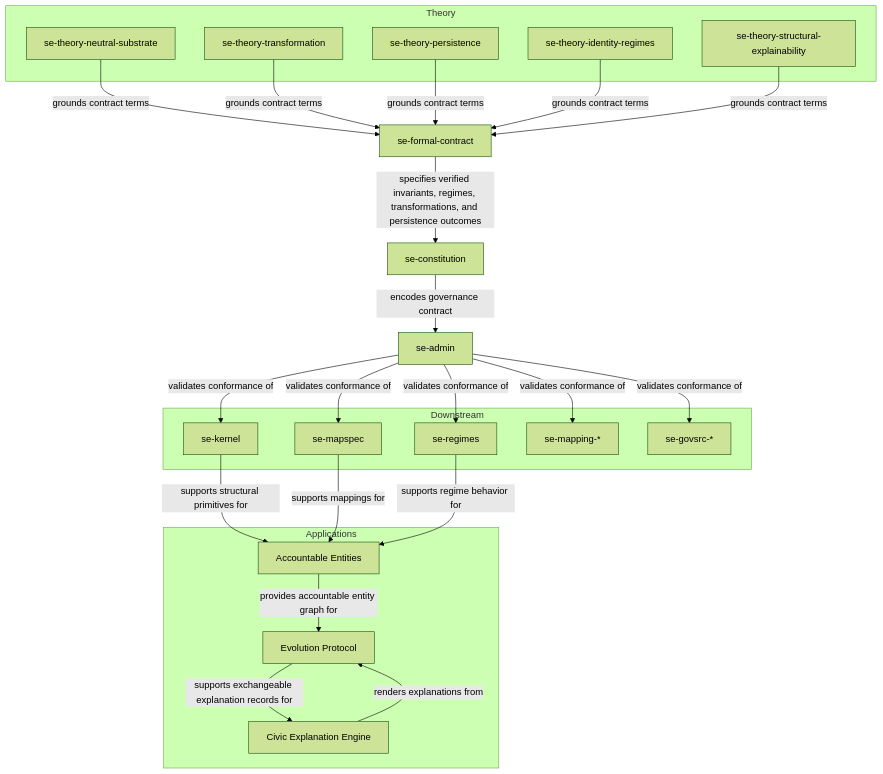
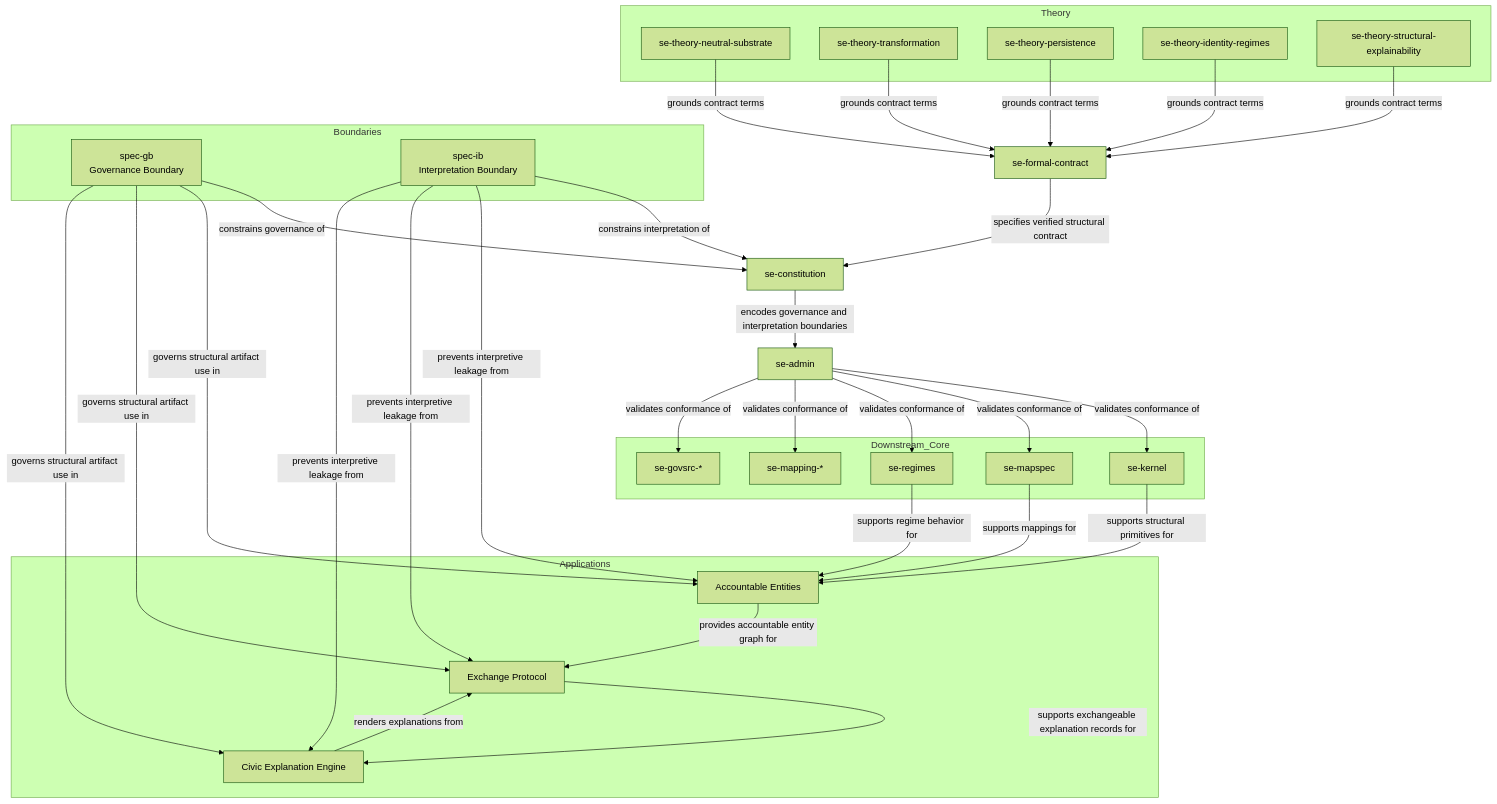
One commit to structural-explainability/.github changed the diagram in profile/README.md. Above: the diagram before and after it, drawn with Mermaid (forest theme).

Commit message:
Add boundaries to diagram

````diff
--- a/profile/README.md
+++ b/profile/README.md
@@ -156,64 +156,72 @@
 ```mermaid
 flowchart TD
 
-%% --- Theory Layer ---
-subgraph Theory
-      T1[se-theory-neutral-substrate]
-      T2[se-theory-transformation]
-      T3[se-theory-persistence]
-      T4[se-theory-identity-regimes]
-      T5[se-theory-structural-explainability]
-end
+  %% --- Theory Layer ---
+  subgraph Theory
+      NS[se-theory-neutral-substrate]
+      TR[se-theory-transformation]
+      PE[se-theory-persistence]
+      IR[se-theory-identity-regimes]
+      SE[se-theory-structural-explainability]
+  end
 
-%% --- Contract ---
-FC[se-formal-contract]
+  %% --- Boundary Specs ---
+  subgraph Boundaries
+      GB[spec-gb<br/>Governance Boundary]
+      IB[spec-ib<br/>Interpretation Boundary]
+  end
 
-%% --- Constitution ---
-C[se-constitution]
+  %% --- Contract / Governance ---
+  FC[se-formal-contract]
+  C[se-constitution]
+  A[se-admin]
 
-%% --- Admin ---
-A[se-admin]
+  %% --- Downstream Core ---
+  subgraph Downstream_Core
+      K[se-kernel]
+      M[se-mapspec]
+      R[se-regimes]
+      MAP[se-mapping-*]
+      GOV[se-govsrc-*]
+  end
 
-%% --- Downstream ---
-subgraph Downstream
-    K[se-kernel]
-    M[se-mapspec]
-    R[se-regimes]
-    MAP[se-mapping-*]
-    GOV[se-govsrc-*]
-end
-
-  %% --- Application Layer ---
+  %% --- Applications ---
   subgraph Applications
       AE[Accountable Entities]
-      EP[Evolution Protocol]
+      EP[Exchange Protocol]
       CEE[Civic Explanation Engine]
   end
 
-  %% --- Theory to Contract ---
-  T1 -->|grounds contract terms| FC
-  T2 -->|grounds contract terms| FC
-  T3 -->|grounds contract terms| FC
-  T4 -->|grounds contract terms| FC
-  T5 -->|grounds contract terms| FC
+  NS -->|grounds contract terms| FC
+  TR -->|grounds contract terms| FC
+  PE -->|grounds contract terms| FC
+  IR -->|grounds contract terms| FC
+  SE -->|grounds contract terms| FC
 
-  %% --- Contract to Governance ---
-  FC -->|specifies verified invariants, regimes, transformations, and persistence outcomes| C
-  C -->|encodes governance contract| A
+  GB -->|constrains governance of| C
+  IB -->|constrains interpretation of| C
 
-  %% --- Admin to Downstream Core ---
+  FC -->|specifies verified structural contract| C
+  C -->|encodes governance and interpretation boundaries| A
+
   A -->|validates conformance of| K
   A -->|validates conformance of| M
   A -->|validates conformance of| R
   A -->|validates conformance of| MAP
   A -->|validates conformance of| GOV
 
-  %% --- Core to Applications ---
   K -->|supports structural primitives for| AE
   M -->|supports mappings for| AE
   R -->|supports regime behavior for| AE
 
   AE -->|provides accountable entity graph for| EP
   EP -->|supports exchangeable explanation records for| CEE
   CEE -->|renders explanations from| EP
+
+  IB -->|prevents interpretive leakage from| AE
+  IB -->|prevents interpretive leakage from| EP
+  IB -->|prevents interpretive leakage from| CEE
+  GB -->|governs structural artifact use in| AE
+  GB -->|governs structural artifact use in| EP
+  GB -->|governs structural artifact use in| CEE
 ```
````
